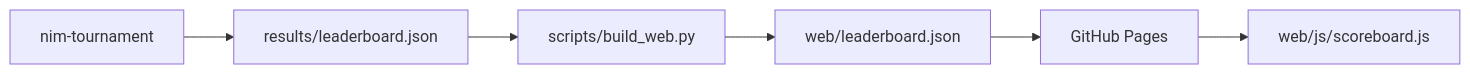
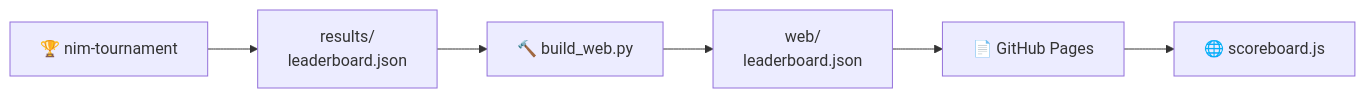
Before and after one commit to jparisu/nim-arena: the diagram in docs/game/advanced/scoreboard.en.md, drawn with Mermaid. The commit also changed other lines of this file and 106 other files, not shown here.

````diff
--- a/docs/game/advanced/scoreboard.en.md
+++ b/docs/game/advanced/scoreboard.en.md
@@ -12,8 +11,8 @@
 ```mermaid
 flowchart LR
-    A["nim-tournament"] --> B["results/leaderboard.json"]
-    B --> C["scripts/build_web.py"]
-    C --> D["web/leaderboard.json"]
-    D --> E["GitHub Pages"]
-    E --> F["web/js/scoreboard.js"]
+    A["🏆 nim-tournament"] --> B["results/<br/>leaderboard.json"]
+    B --> C["🔨 build_web.py"]
+    C --> D["web/<br/>leaderboard.json"]
+    D --> E["📄 GitHub Pages"]
+    E --> F["🌐 scoreboard.js"]
 ```
````
